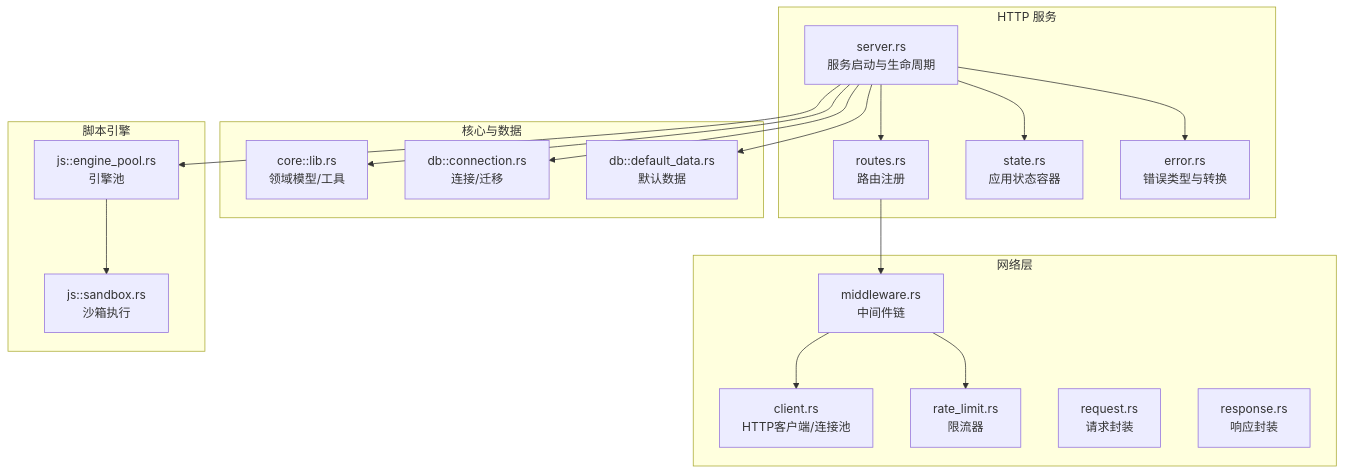
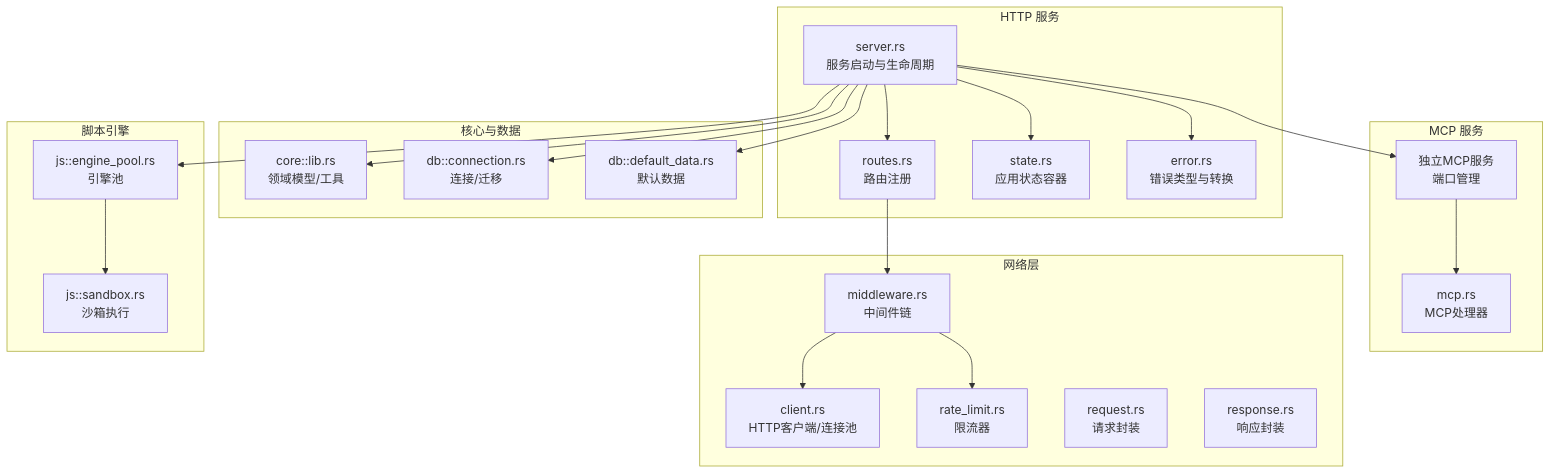
Before and after one commit to ZhangGHGitHub/LegadoTeamFlutter: the first of 12 diagrams in .qoder/repowiki/zh/content/同步服务/服务端架构.md, drawn with Mermaid. The commit also changed other lines of this file and 173 other files, not shown here.

````diff
--- a/.qoder/repowiki/zh/content/同步服务/服务端架构.md
+++ b/.qoder/repowiki/zh/content/同步服务/服务端架构.md
@@ -41,36 +54,42 @@
 ```mermaid
 graph TB
 subgraph "HTTP 服务"
 Srv["server.rs<br/>服务启动与生命周期"]
 Rts["routes.rs<br/>路由注册"]
 St["state.rs<br/>应用状态容器"]
 Err["error.rs<br/>错误类型与转换"]
+end
+subgraph "MCP 服务"
+MCPSrv["独立MCP服务<br/>端口管理"]
+MCPHandlers["mcp.rs<br/>MCP处理器"]
 end
 subgraph "网络层"
 MW["middleware.rs<br/>中间件链"]
 CL["client.rs<br/>HTTP客户端/连接池"]
 RL["rate_limit.rs<br/>限流器"]
 Req["request.rs<br/>请求封装"]
 Res["response.rs<br/>响应封装"]
 end
 subgraph "核心与数据"
 Core["core::lib.rs<br/>领域模型/工具"]
 DBConn["db::connection.rs<br/>连接/迁移"]
 DefData["db::default_data.rs<br/>默认数据"]
 end
 subgraph "脚本引擎"
 JSPool["js::engine_pool.rs<br/>引擎池"]
 JSSand["js::sandbox.rs<br/>沙箱执行"]
 end
 Srv --> Rts
 Srv --> St
+Srv --> MCPSrv
+MCPSrv --> MCPHandlers
 Rts --> MW
 MW --> CL
 MW --> RL
 Srv --> Err
 Srv --> Core
 Srv --> DBConn
 Srv --> DefData
 Srv --> JSPool
 JSPool --> JSSand
 ```
````
